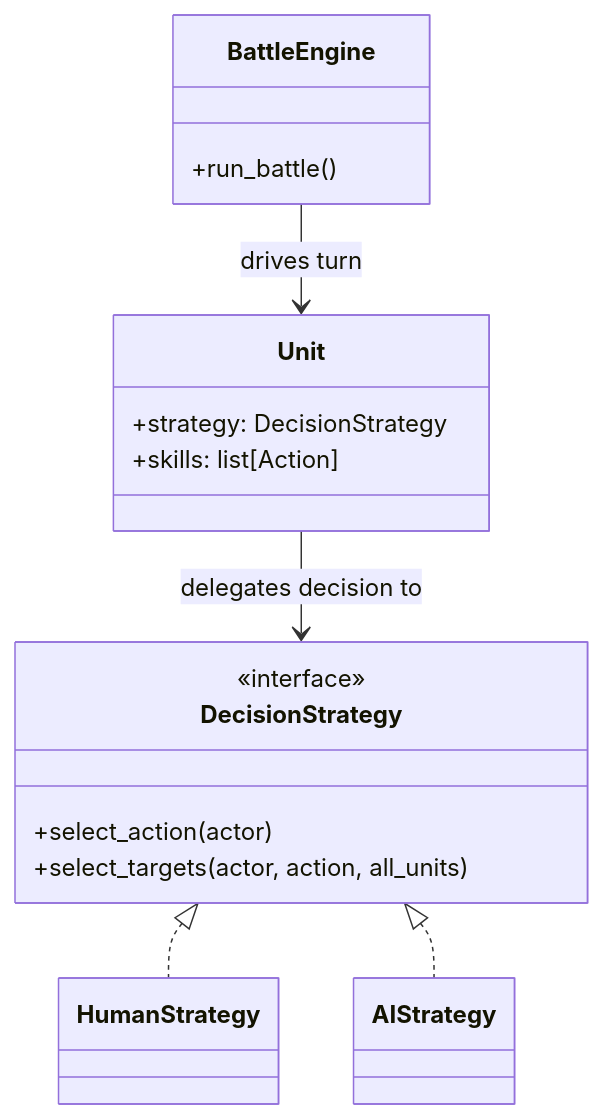
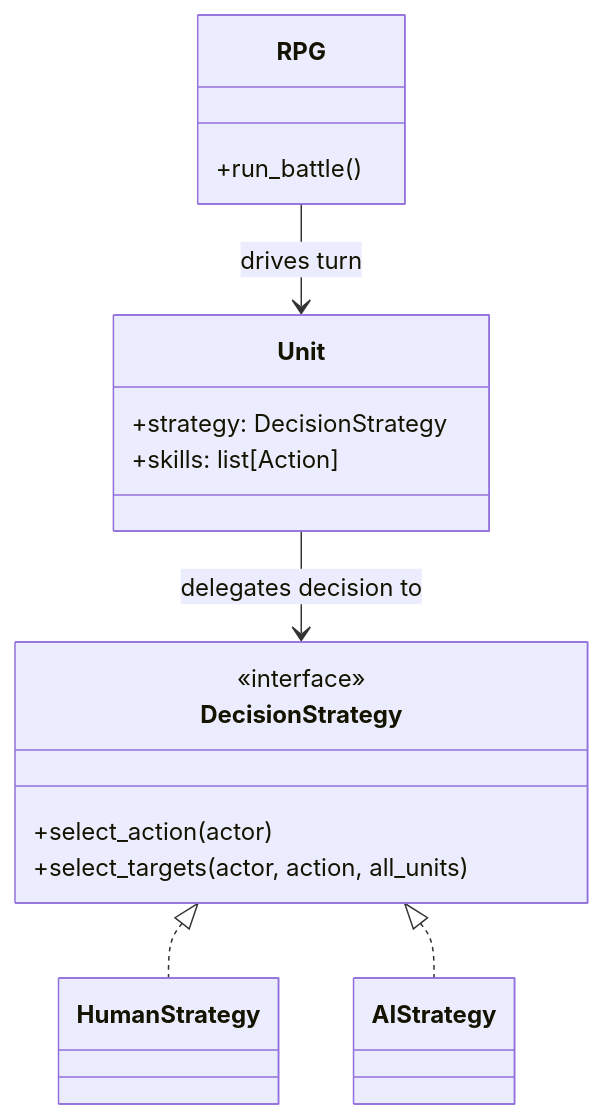
One commit to tanguitar8093/Software-Design-Pattern-HW changed the second of 3 diagrams in homework5_rpg/v3/docs/設計模式解析/策略模式.md. Above: the diagram before and after it, drawn with Mermaid. The commit also changed other lines of this file and 14 other files, not shown here.

````diff
--- a/homework5_rpg/v3/docs/設計模式解析/策略模式.md
+++ b/homework5_rpg/v3/docs/設計模式解析/策略模式.md
@@ -44,25 +44,25 @@
 ```mermaid
 classDiagram
-    class BattleEngine {
+    class RPG {
         +run_battle()
     }
 
     class Unit {
         +strategy: DecisionStrategy
         +skills: list[Action]
     }
 
     class DecisionStrategy {
         <<interface>>
         +select_action(actor)
         +select_targets(actor, action, all_units)
     }
 
     class HumanStrategy
     class AIStrategy
 
-    BattleEngine --> Unit : drives turn
+    RPG --> Unit : drives turn
     Unit --> DecisionStrategy : delegates decision to
     DecisionStrategy <|.. HumanStrategy
     DecisionStrategy <|.. AIStrategy
 ```
````
